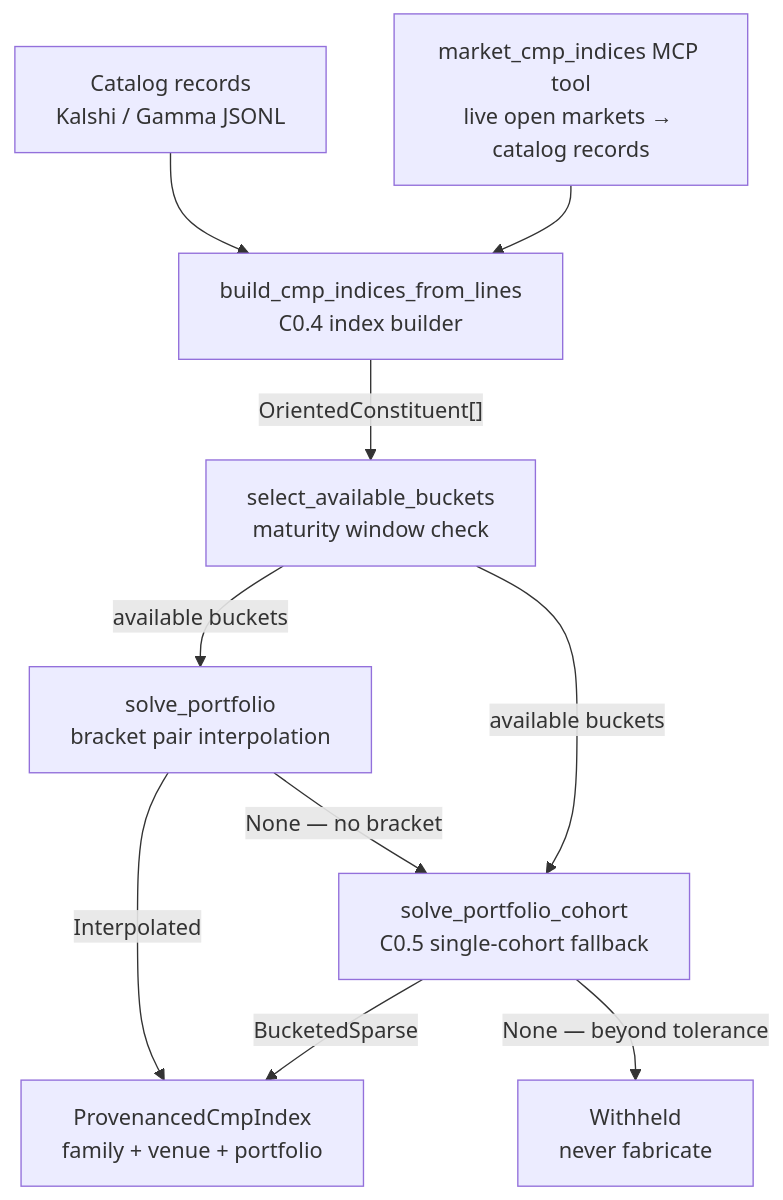
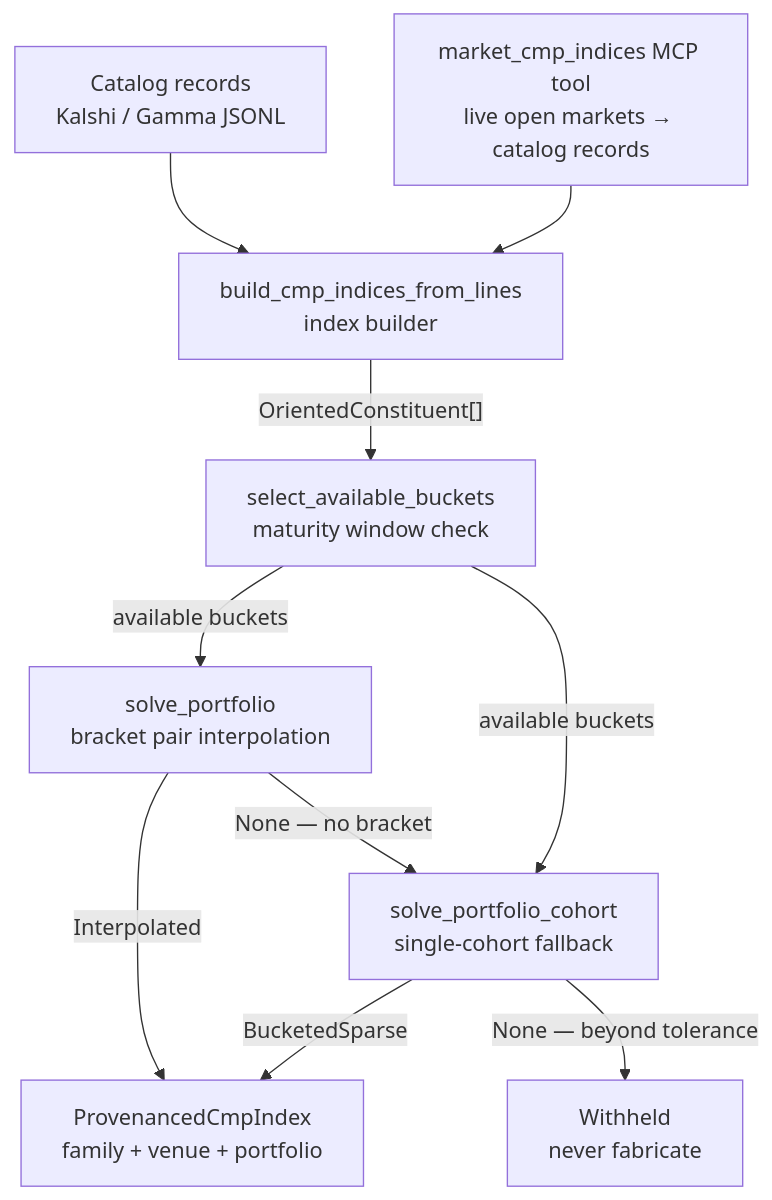
Before and after one commit to mdz-axo/zed-kask: the second of 13 diagrams in kask/docs/diagrams/architecture.md, drawn with Mermaid. The commit also changed other lines of this file and 21 other files, not shown here.

````diff
--- a/kask/docs/diagrams/architecture.md
+++ b/kask/docs/diagrams/architecture.md
@@ -107,13 +106,13 @@
 ```mermaid
 flowchart TD
     tool["market_cmp_indices MCP tool<br/>live open markets → catalog records"]
-    records["Catalog records<br/>Kalshi / Gamma JSONL"] --> build["build_cmp_indices_from_lines<br/>C0.4 index builder"]
+    records["Catalog records<br/>Kalshi / Gamma JSONL"] --> build["build_cmp_indices_from_lines<br/>index builder"]
     tool --> build
     build -->|"OrientedConstituent[]"| buckets["select_available_buckets<br/>maturity window check"]
     buckets -->|"available buckets"| bracket["solve_portfolio<br/>bracket pair interpolation"]
-    buckets -->|"available buckets"| cohort["solve_portfolio_cohort<br/>C0.5 single-cohort fallback"]
+    buckets -->|"available buckets"| cohort["solve_portfolio_cohort<br/>single-cohort fallback"]
     bracket -->|"Interpolated"| index["ProvenancedCmpIndex<br/>family + venue + portfolio"]
     cohort -->|"BucketedSparse"| index
     bracket -->|"None — no bracket"| cohort
     cohort -->|"None — beyond tolerance"| withhold["Withheld<br/>never fabricate"]
 ```
````
